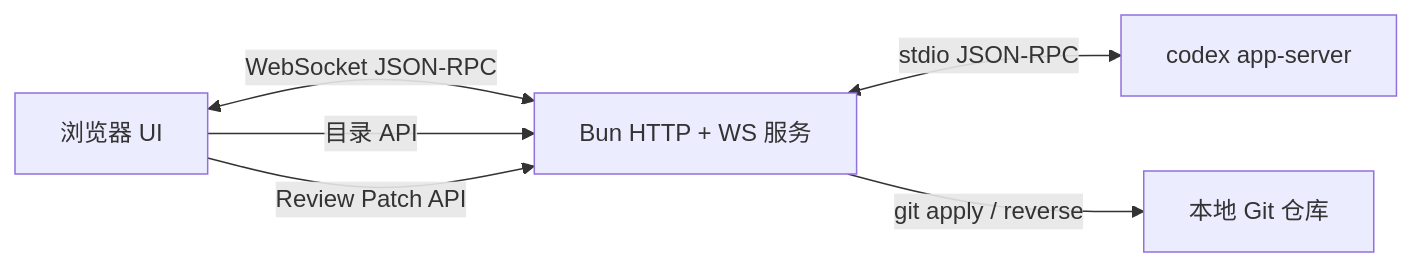
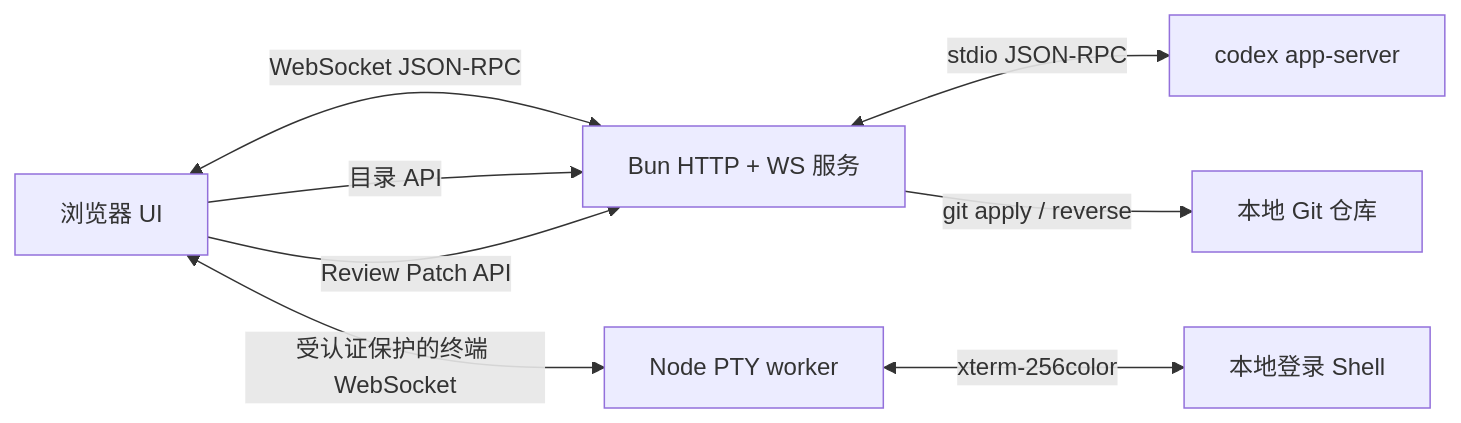
One commit to lezi-fun/codex-webui changed the diagram in README-zh.md. Above: the diagram before and after it, drawn with Mermaid. The commit also changed other lines of this file and 15 other files, not shown here.

````diff
--- a/README-zh.md
+++ b/README-zh.md
@@ -140,8 +142,10 @@
 ```mermaid
 flowchart LR
     Browser[浏览器 UI] <-->|WebSocket JSON-RPC| Server[Bun HTTP + WS 服务]
     Server <-->|stdio JSON-RPC| Codex[codex app-server]
+    Browser <-->|受认证保护的终端 WebSocket| PTY[Node PTY worker]
+    PTY <-->|xterm-256color| Shell[本地登录 Shell]
     Browser -->|目录 API| Server
     Browser -->|Review Patch API| Server
     Server -->|git apply / reverse| Repo[本地 Git 仓库]
 ```
````
